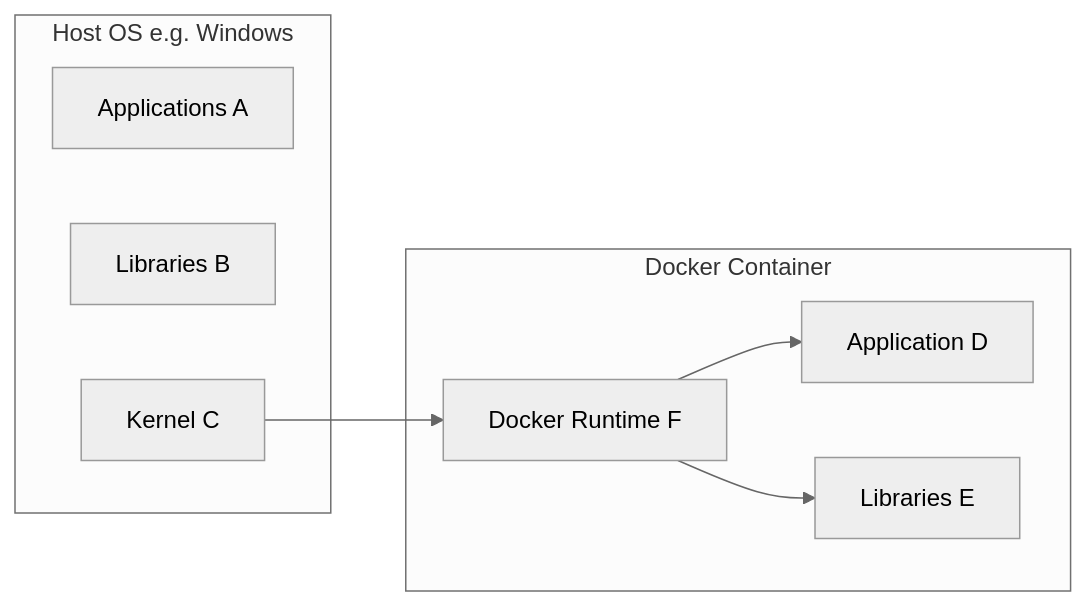
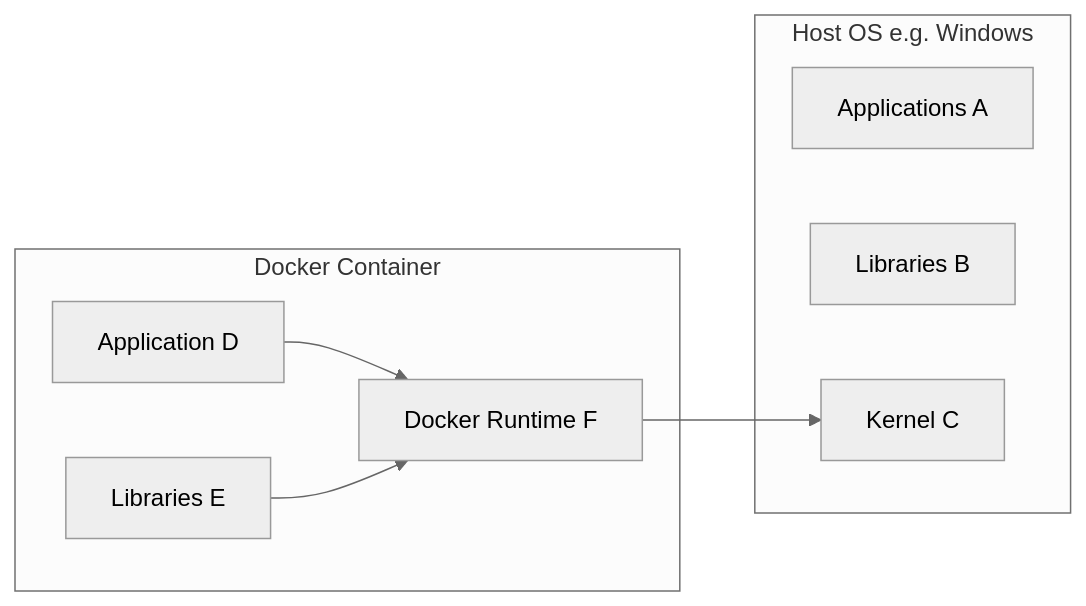
Before and after one commit to Lake-Tuggeranong-College/Holocron: the sixth of 6 diagrams in E Course/WebDev/_projects/Project 1/Task 1/_slides/Project 1 - Theory.md, drawn with Mermaid (neutral theme). The commit also changed other lines of this file, not shown here.

````diff
--- a/E Course/WebDev/_projects/Project 1/Task 1/_slides/Project 1 - Theory.md
+++ b/E Course/WebDev/_projects/Project 1/Task 1/_slides/Project 1 - Theory.md
@@ -240,16 +313,16 @@
 ```mermaid
 graph LR
 subgraph Host OS e.g. Windows
     A[Applications A]
     B[Libraries B]
     C[Kernel C]
 end
 subgraph Docker Container
     D[Application D]
     E[Libraries E]
     F[Docker Runtime F]
 end
-C --> F
-F --> D
-F --> E
+F --> C
+D --> F
+E --> F
 ```
````
